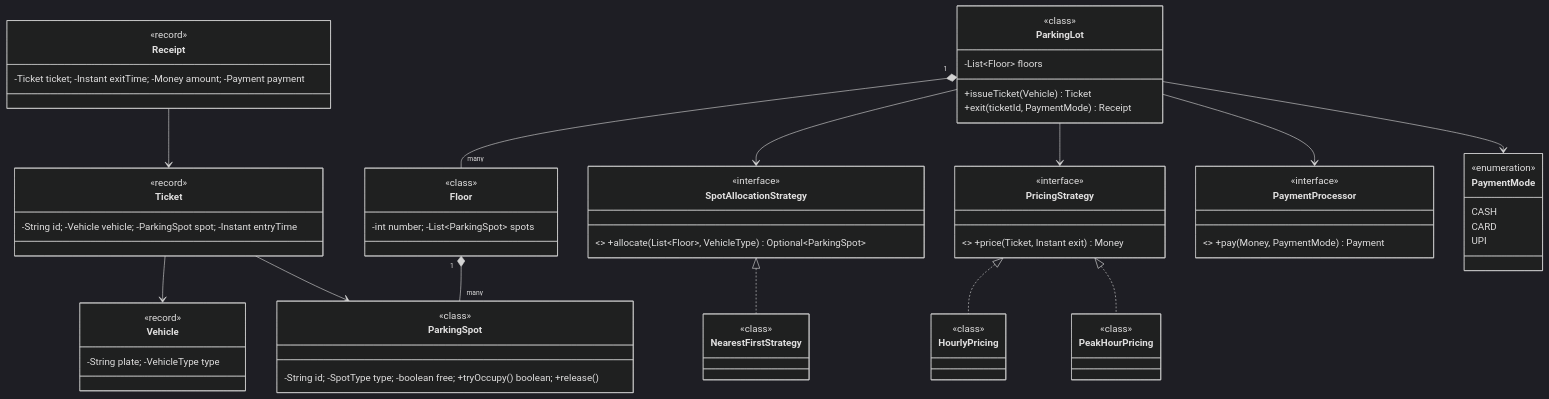
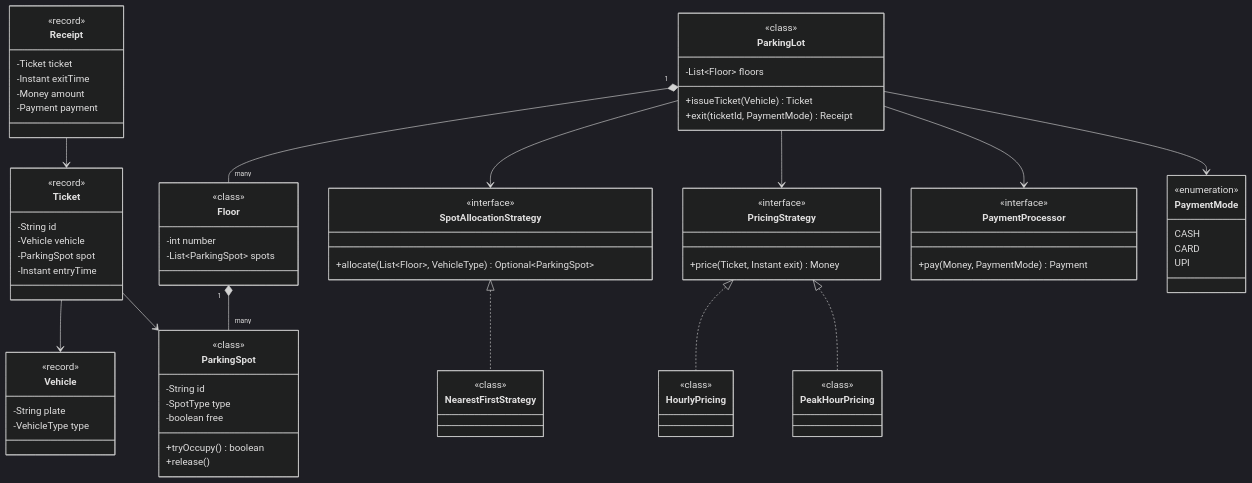
Before and after one commit to amarkum/amarkumar.guru: the first of 3 diagrams in system-design/lld/02-parking-lot.md, drawn with Mermaid (dark theme). The commit also changed other lines of this file and 27 other files, not shown here.

```diff
--- a/system-design/lld/02-parking-lot.md
+++ b/system-design/lld/02-parking-lot.md
@@ -46,23 +46,54 @@
       +issueTicket(Vehicle) Ticket
       +exit(ticketId, PaymentMode) Receipt
     }
-    class Floor { -int number; -List~ParkingSpot~ spots }
-    class ParkingSpot { -String id; -SpotType type; -boolean free; +tryOccupy() boolean; +release() }
-    class Vehicle { -String plate; -VehicleType type }
-    class Ticket { -String id; -Vehicle vehicle; -ParkingSpot spot; -Instant entryTime }
-    class Receipt { -Ticket ticket; -Instant exitTime; -Money amount; -Payment payment }
-    class SpotAllocationStrategy { <<interface>> +allocate(List~Floor~, VehicleType) Optional~ParkingSpot~ }
+    class Floor {
+      -int number
+      -List~ParkingSpot~ spots
+    }
+    class ParkingSpot {
+      -String id
+      -SpotType type
+      -boolean free
+      +tryOccupy() boolean
+      +release()
+    }
+    class Vehicle {
+      -String plate
+      -VehicleType type
+    }
+    class Ticket {
+      -String id
+      -Vehicle vehicle
+      -ParkingSpot spot
+      -Instant entryTime
+    }
+    class Receipt {
+      -Ticket ticket
+      -Instant exitTime
+      -Money amount
+      -Payment payment
+    }
+    class SpotAllocationStrategy {
+      <<interface>>
+      +allocate(List~Floor~, VehicleType) Optional~ParkingSpot~
+    }
     class NearestFirstStrategy {
       <<class>>
     }
-    class PricingStrategy { <<interface>> +price(Ticket, Instant exit) Money }
+    class PricingStrategy {
+      <<interface>>
+      +price(Ticket, Instant exit) Money
+    }
     class HourlyPricing {
       <<class>>
     }
     class PeakHourPricing {
       <<class>>
     }
-    class PaymentProcessor { <<interface>> +pay(Money, PaymentMode) Payment }
+    class PaymentProcessor {
+      <<interface>>
+      +pay(Money, PaymentMode) Payment
+    }
     ParkingLot "1" *-- "many" Floor
     Floor "1" *-- "many" ParkingSpot
     Ticket --> Vehicle
```
